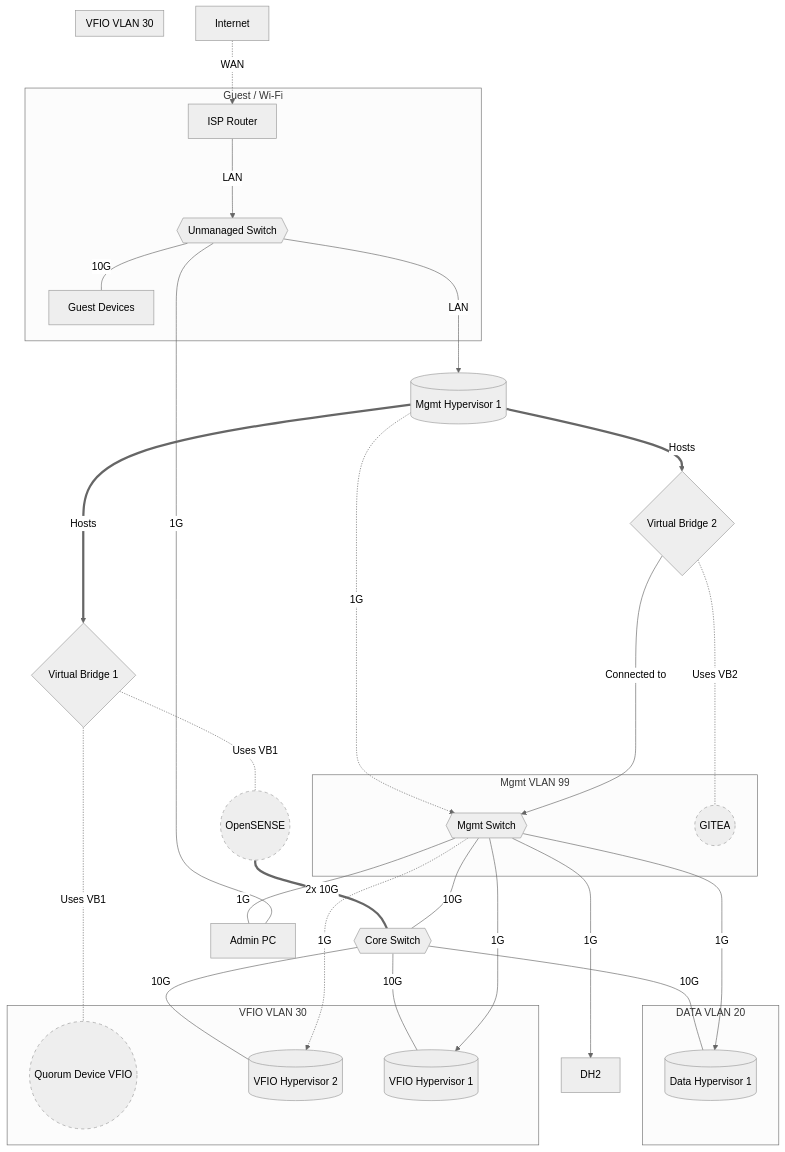
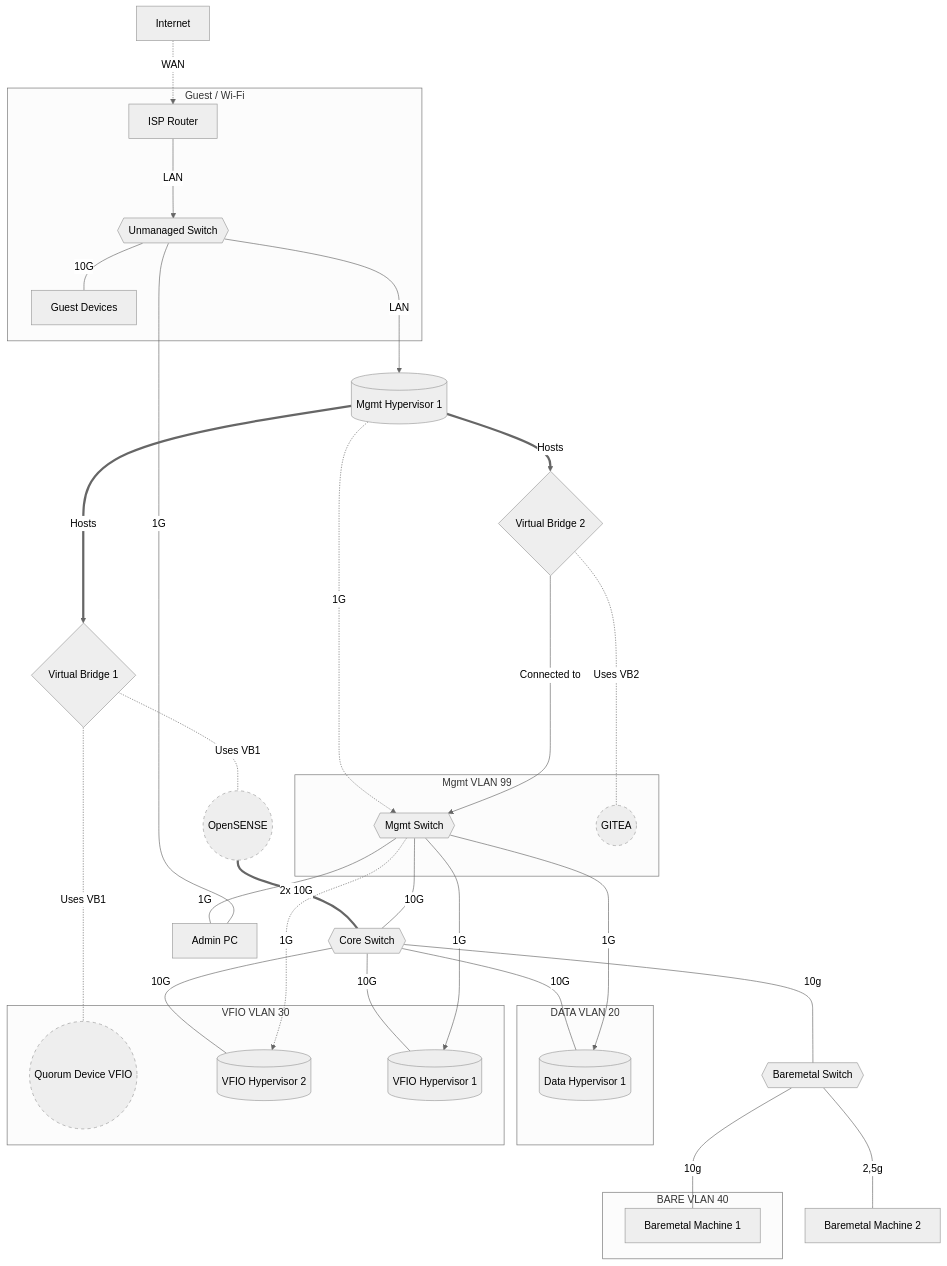
The diagram in alp/netop.md (woeiru/lab), drawn with Mermaid (neutral theme) before and after one commit.

Commit message:
standard

````diff
--- a/alp/netop.md
+++ b/alp/netop.md
@@ -3,48 +3,50 @@
 ```mermaid
 graph TD
     INT[Internet] -.-> |WAN| ISPR[ISP Router]
     ISPR ---> |LAN| US
     US{{Unmanaged Switch}} ---> |LAN| MH1
     VB1{Virtual Bridge 1} -.- |"Uses VB1"| QDV((Quorum Device VFIO))
     VB1 -.- |"Uses VB1"| OPN((OpenSENSE))
     OPN ===|"2x 10G"| CS{{Core Switch}}
     MH1[(Mgmt Hypervisor 1)] -.-> |"1G"| MS{{Mgmt Switch}}
     MS --- |"10G"| CS
     MS ---|"1G"| APC[Admin PC]
     APC ---|"1G"| US
     MH1 ==>|"Hosts"| VB1
     MH1 ==>|"Hosts"| VB2{Virtual Bridge 2}
     VB2 -.- |"Uses VB2"| GIT((GITEA))
     VB2 ---> |"Connected to"| MS
     CS ---|"10G"| VH2[(VFIO Hypervisor 2)]
     MS -.->|"1G"| VH2
     US ---|"10G"| GD[Guest Devices]
     CS ---|"10G"| VH1[(VFIO Hypervisor 1)]
     MS --->|"1G"| VH1
     CS ---|"10G"| DH1[(Data Hypervisor 1)]
     MS --->|"1G"| DH1
-    MS --->|"1G"| DH2
+    CS ---|"10g"| BMS{{Baremetal Switch}}
+    BMS ---|"10g"| BM1[Baremetal Machine 1]
+    BMS ---|"2,5g"| BM2[Baremetal Machine 2]
     subgraph VLAN20 [DATA VLAN 20]
         DH1
     end
     subgraph VLAN30 [VFIO VLAN 30]
         VH1
         VH2
         QDV
     end
-    subgraph VLAN40 [VFIO VLAN 30]
-        
+    subgraph VLAN40 [BARE VLAN 40]
+       BM1 
     end
 
     subgraph VLAN99 [Mgmt VLAN 99]
         MS
         GIT
     end
     subgraph Guest [Guest / Wi-Fi]
         ISPR
         GD
         US
     end
     classDef punctuated stroke-dasharray: 5 5;
     class GIT,QDV,OPN punctuated;
 ```
````
